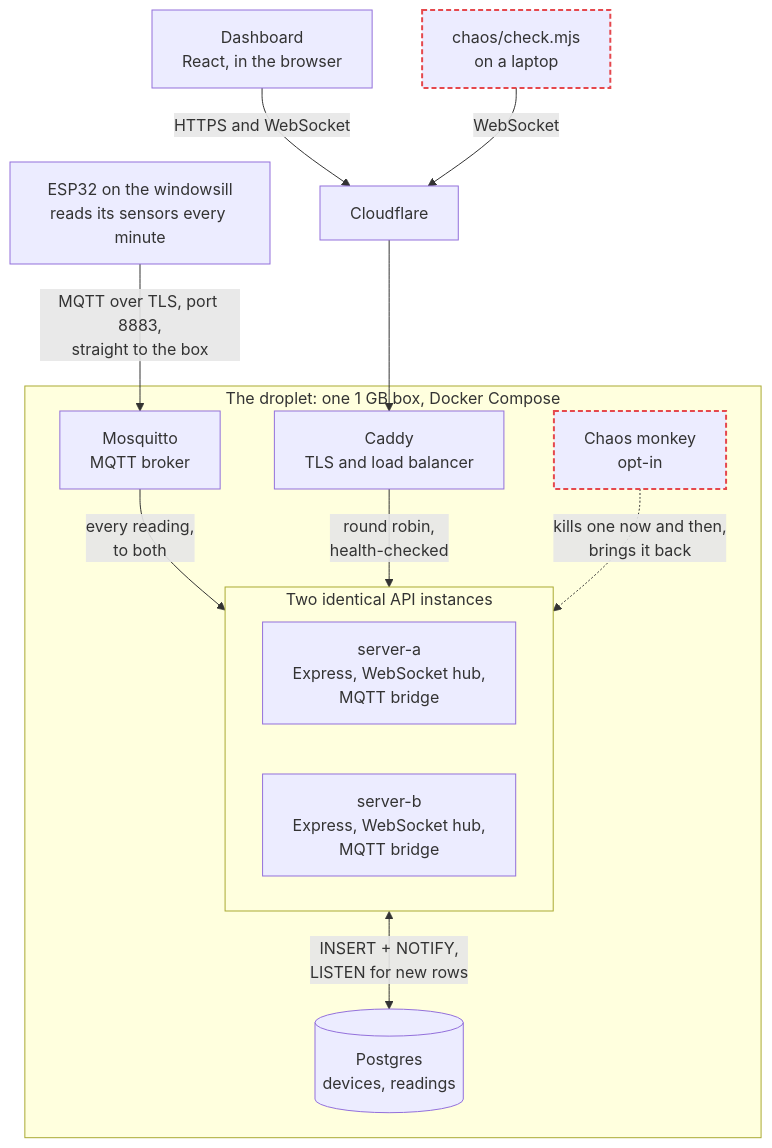
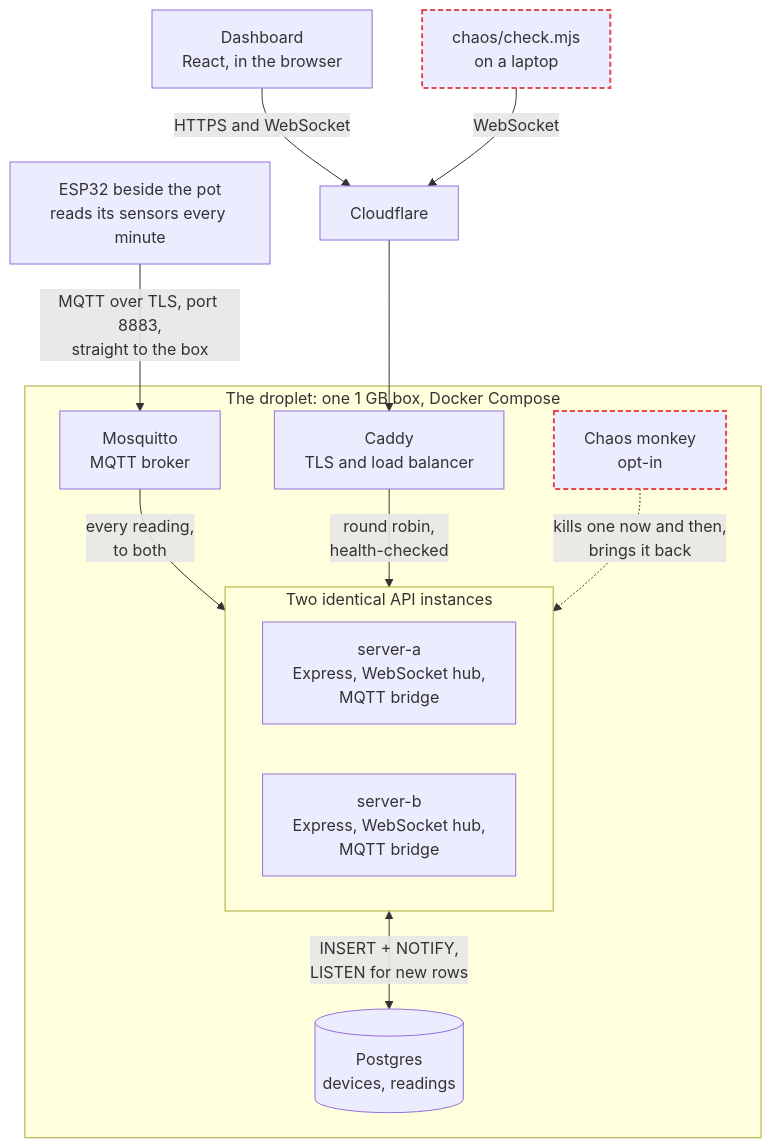
The first of 3 diagrams in README.md (juhawilppu/plant), drawn with Mermaid before and after one commit. The commit also changed other lines of this file and 16 other files, not shown here.

````diff
--- a/README.md
+++ b/README.md
@@ -25,30 +33,30 @@
 ```mermaid
 flowchart TB
-    node["ESP32 on the windowsill<br/>reads its sensors every minute"]
+    node["ESP32 beside the pot<br/>reads its sensors every minute"]
     browser["Dashboard<br/>React, in the browser"]
     checker["chaos/check.mjs<br/>on a laptop"]
     cloudflare["Cloudflare"]
 
     subgraph droplet["The droplet: one 1 GB box, Docker Compose"]
         mosquitto["Mosquitto<br/>MQTT broker"]
         caddy["Caddy<br/>TLS and load balancer"]
         monkey["Chaos monkey<br/>opt-in"]
         subgraph api["Two identical API instances"]
             a["server-a<br/>Express, WebSocket hub,<br/>MQTT bridge"]
             b["server-b<br/>Express, WebSocket hub,<br/>MQTT bridge"]
         end
         postgres[("Postgres<br/>devices, readings")]
     end
 
     node -- "MQTT over TLS, port 8883,<br/>straight to the box" --> mosquitto
     browser -- "HTTPS and WebSocket" --> cloudflare
     checker -- "WebSocket" --> cloudflare
     cloudflare --> caddy
     mosquitto -- "every reading,<br/>to both" --> api
     caddy -- "round robin,<br/>health-checked" --> api
     monkey -. "kills one now and then,<br/>brings it back" .-> api
     api <-- "INSERT + NOTIFY,<br/>LISTEN for new rows" --> postgres
 
     classDef chaos stroke:#e5484d,stroke-width:2px,stroke-dasharray:5 3
     class monkey,checker chaos
 ```
````
